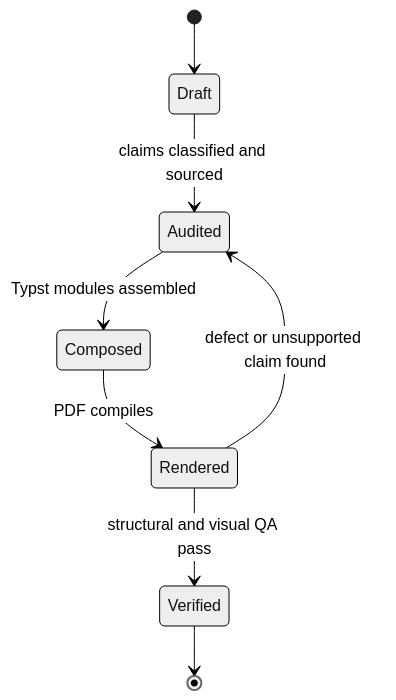
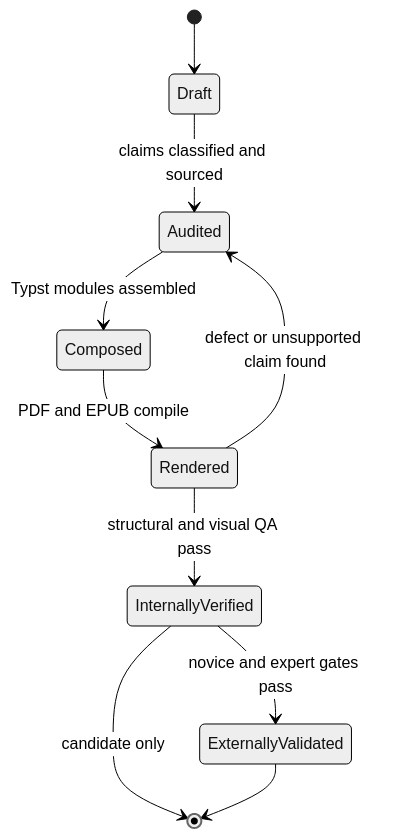
One commit to streamentry/streamentry changed the fourth of 5 diagrams in AGENTS.md. Above: the diagram before and after it, drawn with Mermaid (neutral theme). The commit also changed other lines of this file and 35 other files, not shown here.

````diff
--- a/AGENTS.md
+++ b/AGENTS.md
@@ -76,10 +97,12 @@
 ```mermaid
 stateDiagram-v2
   [*] --> Draft
   Draft --> Audited: claims classified and sourced
   Audited --> Composed: Typst modules assembled
-  Composed --> Rendered: PDF compiles
+  Composed --> Rendered: PDF and EPUB compile
   Rendered --> Audited: defect or unsupported claim found
-  Rendered --> Verified: structural and visual QA pass
-  Verified --> [*]
+  Rendered --> InternallyVerified: structural and visual QA pass
+  InternallyVerified --> ExternallyValidated: novice and expert gates pass
+  InternallyVerified --> [*]: candidate only
+  ExternallyValidated --> [*]
 ```
````
